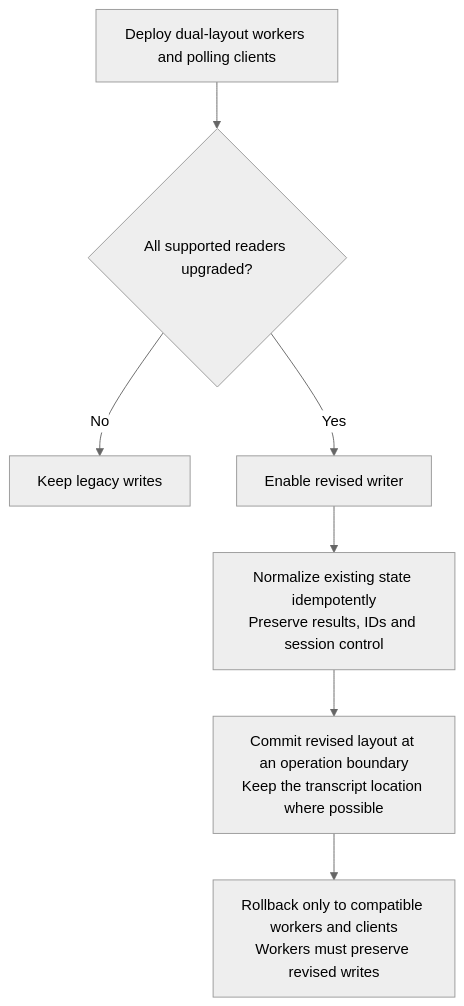
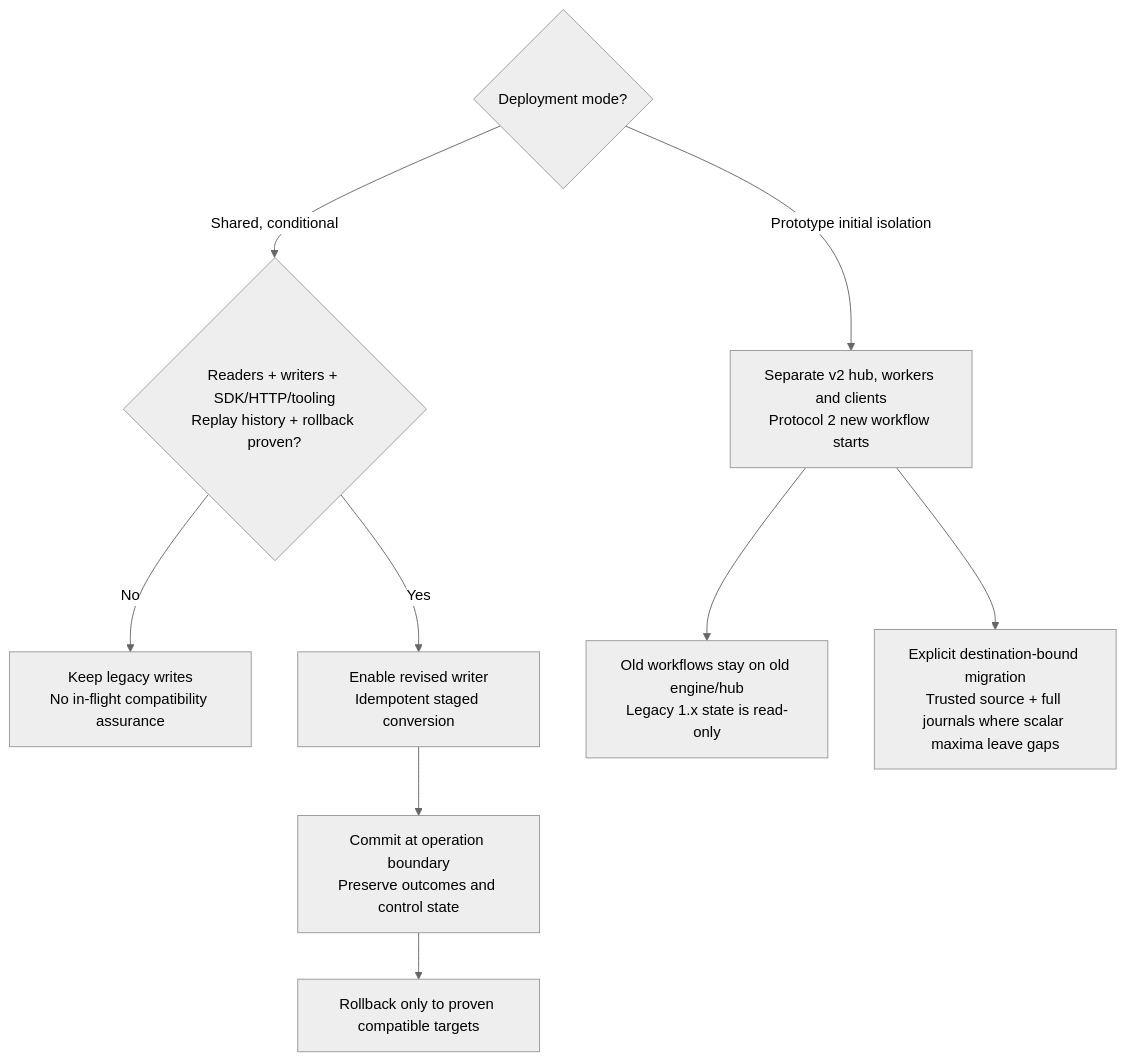
One commit to microsoft/agent-framework-durable-extension changed the sixth of 6 diagrams in docs/decisions/0032-durable-thread-compaction.md. Above: the diagram before and after it, drawn with Mermaid (neutral theme). The commit also changed other lines of this file, not shown here.

````diff
--- a/docs/decisions/0032-durable-thread-compaction.md
+++ b/docs/decisions/0032-durable-thread-compaction.md
@@ -529,10 +690,12 @@
 ```mermaid
 flowchart TB
-    READERS["Deploy dual-layout workers and polling clients"]
-    READERS --> READY{"All supported readers upgraded?"}
-    READY -->|"No"| OLD["Keep legacy writes"]
-    READY -->|"Yes"| NEW["Enable revised writer"]
-    NEW --> MAP["Normalize existing state idempotently<br/>Preserve results, IDs and session control"]
-    MAP --> COMMIT["Commit revised layout at an operation boundary<br/>Keep the transcript location where possible"]
-    COMMIT --> ROLLBACK["Rollback only to compatible workers and clients<br/>Workers must preserve revised writes"]
+  MODE{"Deployment mode?"}
+  MODE -->|"Shared, conditional"| READY{"Readers + writers + SDK/HTTP/tooling<br/>Replay history + rollback proven?"}
+  READY -->|"No"| OLD["Keep legacy writes<br/>No in-flight compatibility assurance"]
+  READY -->|"Yes"| NEW["Enable revised writer<br/>Idempotent staged conversion"]
+  NEW --> COMMIT["Commit at operation boundary<br/>Preserve outcomes and control state"]
+  COMMIT --> ROLLBACK["Rollback only to proven compatible targets"]
+  MODE -->|"Prototype initial isolation"| ISOLATED["Separate v2 hub, workers and clients<br/>Protocol 2 new workflow starts"]
+  ISOLATED --> LEGACY["Old workflows stay on old engine/hub<br/>Legacy 1.x state is read-only"]
+  ISOLATED --> MIGRATE["Explicit destination-bound migration<br/>Trusted source + full journals where scalar maxima leave gaps"]
 ```
````
